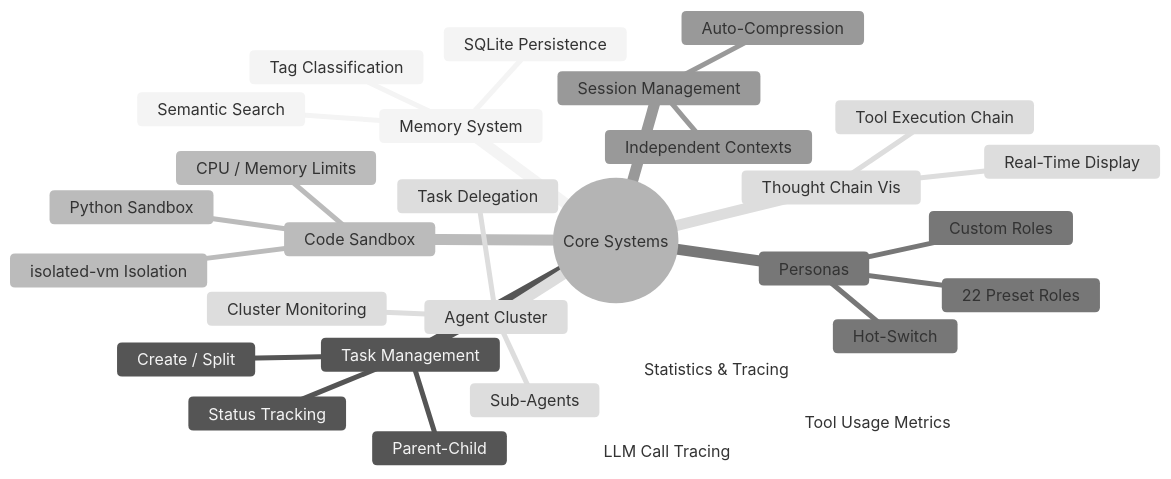
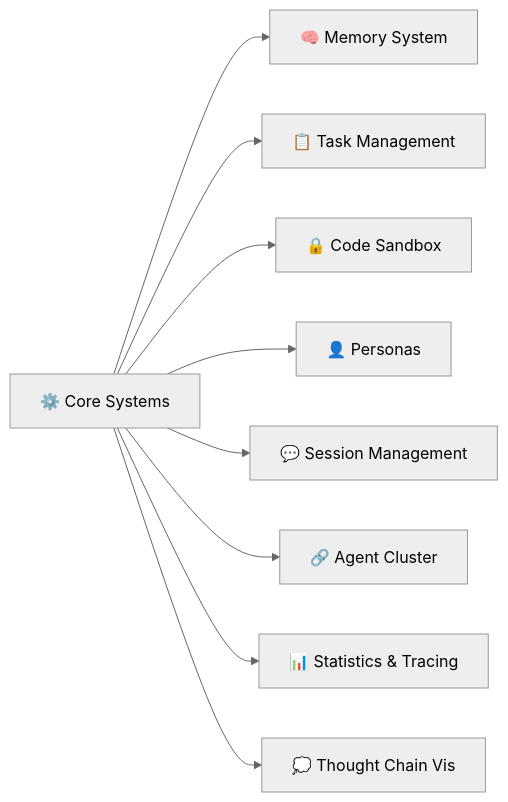
Before and after one commit to 1486853830/CogitoAgent: the third of 3 diagrams in README.md, drawn with Mermaid (neutral theme).

Commit message:
docs: 更新README中的系统架构图为流程图格式
将原有的mindmap思维导图替换为flowchart LR流程图，更清晰展示核心系统的层级关系

````diff
--- a/README.md
+++ b/README.md
@@ -278,33 +278,12 @@
 ```mermaid
-mindmap
-  root((Core Systems))
-    Memory System
-      SQLite Persistence
-      Tag Classification
-      Semantic Search
-    Task Management
-      Create / Split
-      Parent-Child
-      Status Tracking
-    Code Sandbox
-      isolated-vm Isolation
-      CPU / Memory Limits
-      Python Sandbox
-    Personas
-      22 Preset Roles
-      Custom Roles
-      Hot-Switch
-    Session Management
-      Independent Contexts
-      Auto-Compression
-    Agent Cluster
-      Sub-Agents
-      Task Delegation
-      Cluster Monitoring
-    Statistics & Tracing
-      Tool Usage Metrics
-      LLM Call Tracing
-    Thought Chain Vis
-      Real-Time Display
-      Tool Execution Chain
+flowchart LR
+  Core["⚙️ Core Systems"]
+  Core --> Memory["🧠 Memory System"]
+  Core --> Task["📋 Task Management"]
+  Core --> Sandbox["🔒 Code Sandbox"]
+  Core --> Persona["👤 Personas"]
+  Core --> Session["💬 Session Management"]
+  Core --> Cluster["🔗 Agent Cluster"]
+  Core --> Stats["📊 Statistics & Tracing"]
+  Core --> Thought["💭 Thought Chain Vis"]
 ```
````
